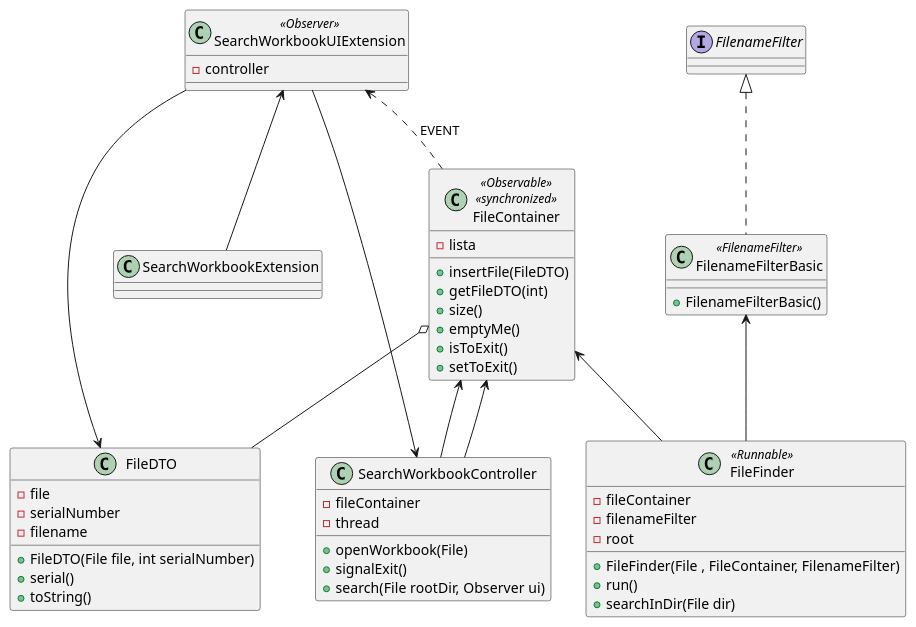
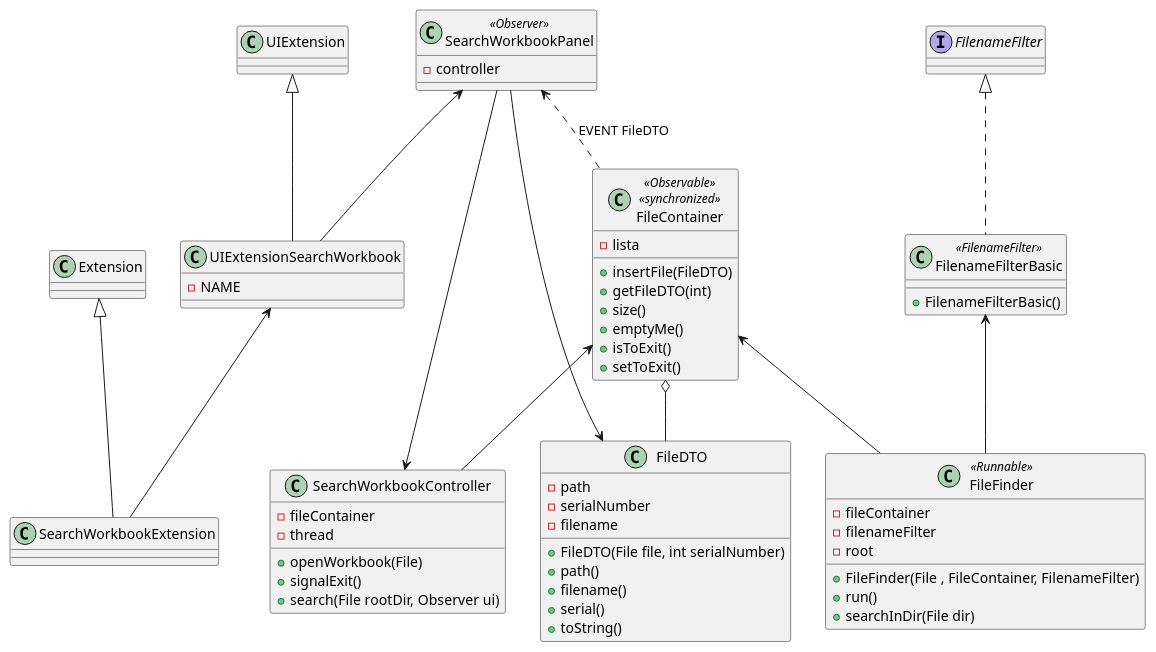
One commit to PeFerreira98/ISEP.Lic.LAPR4_2017 changed the diagram in src/main/java/lapr4/green/s1/ipc/n1970581/findworkbook/s1_ipc_findworkbook_design_01.puml. Above: the diagram before and after it, drawn with PlantUML. The commit also changed 4 other files, not shown here.

```diff
--- a/src/main/java/lapr4/green/s1/ipc/n1970581/findworkbook/s1_ipc_findworkbook_design_01.puml
+++ b/src/main/java/lapr4/green/s1/ipc/n1970581/findworkbook/s1_ipc_findworkbook_design_01.puml
@@ -1,73 +1,89 @@
 @startuml s1_ipc_findworkbook_design_01.png
+
+
+class Extension {
+}
+
+class UIExtension {
+}
+
 
 class SearchWorkbookExtension {
   
  }
 
-class SearchWorkbookUIExtension <<Observer>>{
-  - controller
+class UIExtensionSearchWorkbook {
+  - NAME
 
  }
+
+class SearchWorkbookPanel <<Observer>> {
+  - controller
+} 
 
 class SearchWorkbookController {
     - fileContainer
     - thread
     + openWorkbook(File)
     + signalExit()
     + search(File rootDir, Observer ui)
  }
 
 class FileContainer <<Observable>> <<synchronized>>{
   - lista
   + insertFile(FileDTO)
   + getFileDTO(int)
   + size()
   + emptyMe()
   + isToExit()
   + setToExit()
 }
 
 class FileDTO {
-    - file
+    - path
     - serialNumber
     - filename
-  + FileDTO(File file, int serialNumber)
+    + FileDTO(File file, int serialNumber)
+    + path()
+    + filename()
     + serial()
     + toString()
 }
 
 class FilenameFilterBasic <<FilenameFilter>>{
 + FilenameFilterBasic()
 }
 
 interface FilenameFilter{
 }
 
 class FileFinder <<Runnable>>{
  + FileFinder(File , FileContainer, FilenameFilter)   
  + run()
  + searchInDir(File dir)
  - fileContainer
  - filenameFilter
  - root
 }
 
 
 FilenameFilter <|.. FilenameFilterBasic
 FilenameFilterBasic <-- FileFinder
-SearchWorkbookUIExtension <-- SearchWorkbookExtension
-SearchWorkbookController <-- SearchWorkbookUIExtension
-FileContainer <-- SearchWorkbookController
+UIExtensionSearchWorkbook <-- SearchWorkbookExtension
+SearchWorkbookPanel <-- UIExtensionSearchWorkbook
+SearchWorkbookController <-- SearchWorkbookPanel
 FileContainer <-- SearchWorkbookController
 FileContainer o-- FileDTO
 FileContainer <-- FileFinder
-FileDTO <-- SearchWorkbookUIExtension
+'FileDTO <-- SearchWorkbookUIExtension
+FileDTO <-- SearchWorkbookPanel
 'Event <.. Container
 
 'SearchWorkbookUIExtension <.. Event
-SearchWorkbookUIExtension <.. FileContainer :   EVENT
+SearchWorkbookPanel <.. FileContainer :   EVENT FileDTO
 
-
+UIExtension <|-- UIExtensionSearchWorkbook
+Extension <|-- SearchWorkbookExtension
 
 
 @enduml
```
